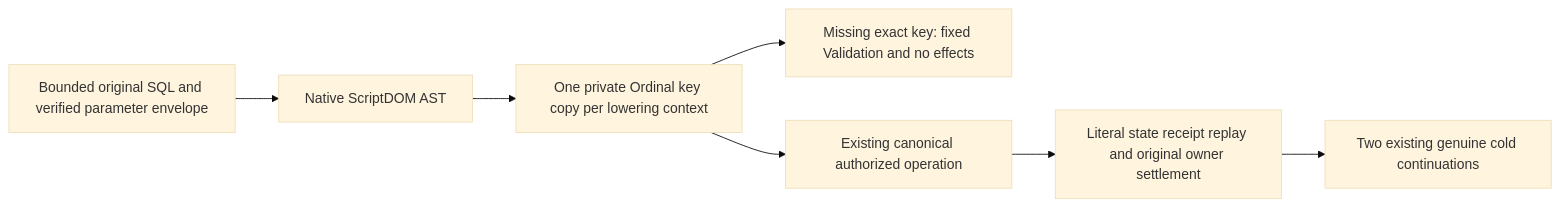
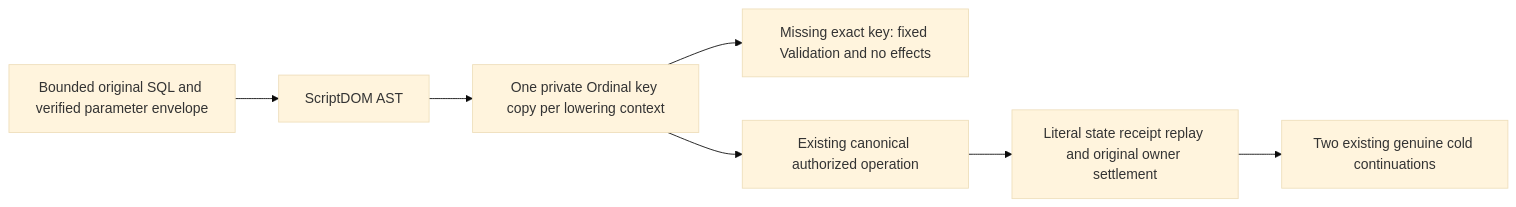
The diagram in docs/Features/QueryExecution/ScriptDomOrdinalParameters.md (managedcode/KeyLoad), drawn with Mermaid (base theme) before and after one commit. The commit also changed other lines of this file and 9016 other files, not shown here.

````diff
--- a/docs/Features/QueryExecution/ScriptDomOrdinalParameters.md
+++ b/docs/Features/QueryExecution/ScriptDomOrdinalParameters.md
@@ -17,9 +17,9 @@
 ```mermaid
 flowchart LR
-  Request[Bounded original SQL and verified parameter envelope] --> Native[Native ScriptDOM AST]
-  Native --> Copy[One private Ordinal key copy per lowering context]
+  Request[Bounded original SQL and verified parameter envelope] --> Execution[ScriptDOM AST]
+  Execution --> Copy[One private Ordinal key copy per lowering context]
   Copy --> Missing[Missing exact key: fixed Validation and no effects]
   Copy --> Plan[Existing canonical authorized operation]
   Plan --> State[Literal state receipt replay and original owner settlement]
   State --> Cold[Two existing genuine cold continuations]
 ```
````
